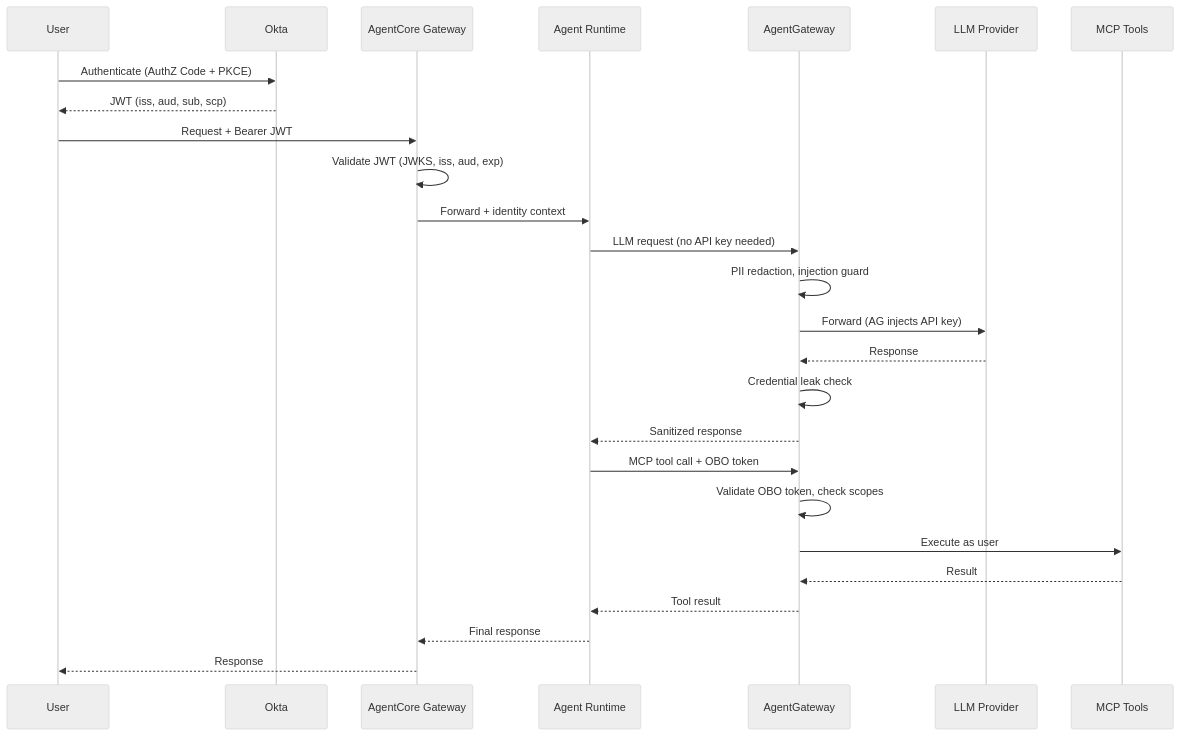
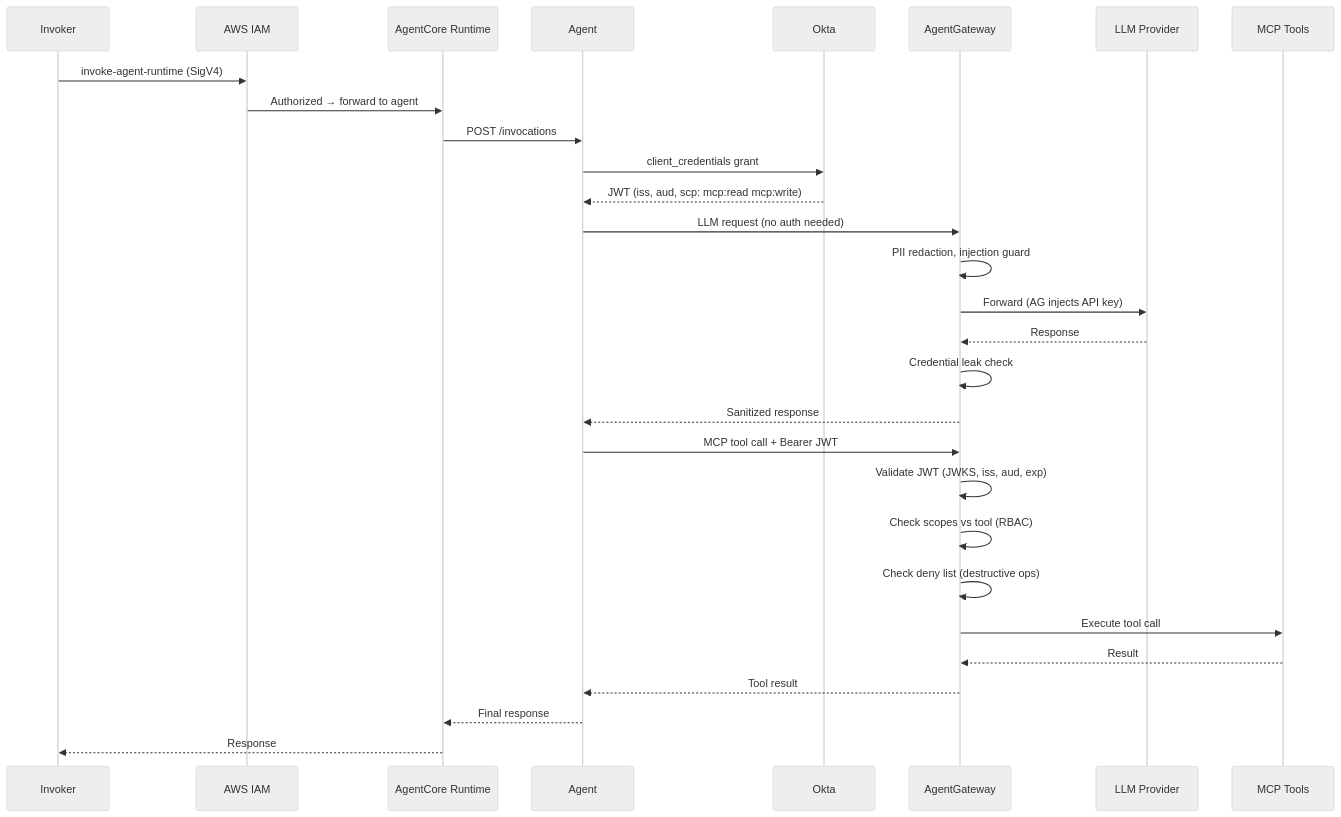
Before and after one commit to ProfessorSeb/aws-agentcore-demo: the diagram in docs/blog-why-agent-gateway.md, drawn with Mermaid (neutral theme). The commit also changed other lines of this file and 10 other files, not shown here.

First line of the commit message:
refactor: remove AgentCore Gateway, AgentGateway handles all auth

````diff
--- a/docs/blog-why-agent-gateway.md
+++ b/docs/blog-why-agent-gateway.md
@@ -103,29 +128,36 @@
 ```mermaid
 sequenceDiagram
-    participant U as User
+    participant I as Invoker
+    participant IAM as AWS IAM
+    participant R as AgentCore Runtime
+    participant A as Agent
     participant O as Okta
-    participant GW as AgentCore Gateway
-    participant A as Agent Runtime
     participant AG as AgentGateway
     participant LLM as LLM Provider
     participant MCP as MCP Tools
 
-    U->>O: Authenticate (AuthZ Code + PKCE)
-    O-->>U: JWT (iss, aud, sub, scp)
-    U->>GW: Request + Bearer JWT
-    GW->>GW: Validate JWT (JWKS, iss, aud, exp)
-    GW->>A: Forward + identity context
-    A->>AG: LLM request (no API key needed)
+    I->>IAM: invoke-agent-runtime (SigV4)
+    IAM->>R: Authorized → forward to agent
+    R->>A: POST /invocations
+
+    A->>O: client_credentials grant
+    O-->>A: JWT (iss, aud, scp: mcp:read mcp:write)
+
+    A->>AG: LLM request (no auth needed)
     AG->>AG: PII redaction, injection guard
     AG->>LLM: Forward (AG injects API key)
     LLM-->>AG: Response
     AG->>AG: Credential leak check
     AG-->>A: Sanitized response
-    A->>AG: MCP tool call + OBO token
-    AG->>AG: Validate OBO token, check scopes
-    AG->>MCP: Execute as user
+
+    A->>AG: MCP tool call + Bearer JWT
+    AG->>AG: Validate JWT (JWKS, iss, aud, exp)
+    AG->>AG: Check scopes vs tool (RBAC)
+    AG->>AG: Check deny list (destructive ops)
+    AG->>MCP: Execute tool call
     MCP-->>AG: Result
     AG-->>A: Tool result
-    A-->>GW: Final response
-    GW-->>U: Response
+
+    A-->>R: Final response
+    R-->>I: Response
 ```
````
